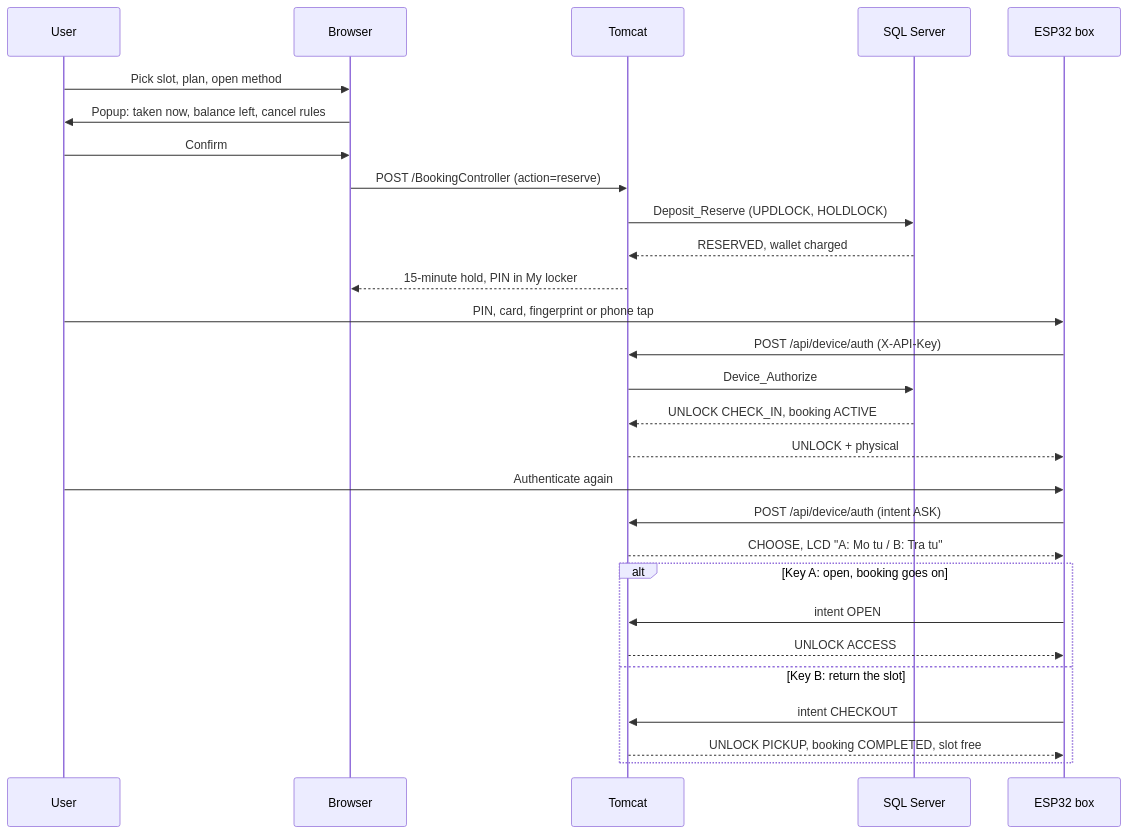
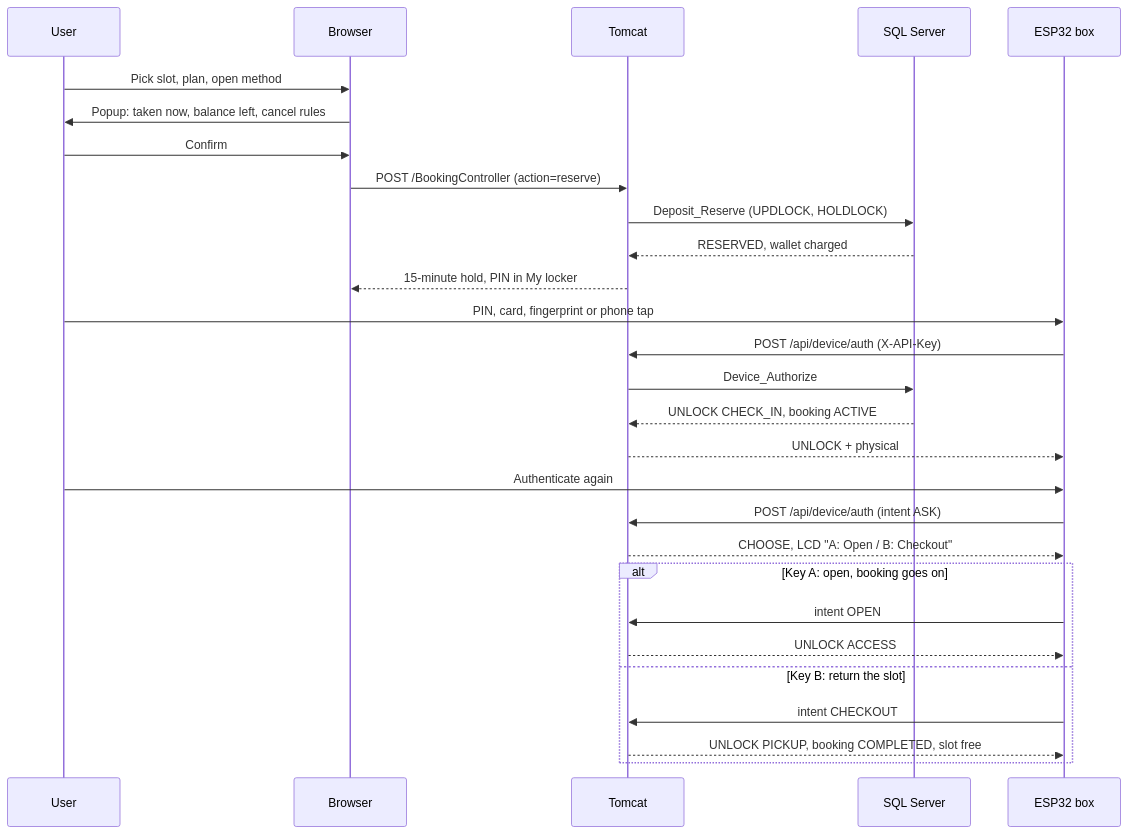
Before and after one commit to HoangDuc1003/SmartLocker: the first of 4 diagrams in README.md, drawn with Mermaid. The commit also changed other lines of this file and 25 other files, not shown here.

````diff
--- a/README.md
+++ b/README.md
@@ -420,31 +430,31 @@
 ```mermaid
 sequenceDiagram
     participant U as User
     participant W as Browser
     participant S as Tomcat
     participant D as SQL Server
     participant B as ESP32 box
 
     U->>W: Pick slot, plan, open method
     W->>U: Popup: taken now, balance left, cancel rules
     U->>W: Confirm
     W->>S: POST /BookingController (action=reserve)
     S->>D: Deposit_Reserve (UPDLOCK, HOLDLOCK)
     D-->>S: RESERVED, wallet charged
     S-->>W: 15-minute hold, PIN in My locker
     U->>B: PIN, card, fingerprint or phone tap
     B->>S: POST /api/device/auth (X-API-Key)
     S->>D: Device_Authorize
     D-->>S: UNLOCK CHECK_IN, booking ACTIVE
     S-->>B: UNLOCK + physical
     U->>B: Authenticate again
     B->>S: POST /api/device/auth (intent ASK)
-    S-->>B: CHOOSE, LCD "A: Mo tu / B: Tra tu"
+    S-->>B: CHOOSE, LCD "A: Open / B: Checkout"
     alt Key A: open, booking goes on
         B->>S: intent OPEN
         S-->>B: UNLOCK ACCESS
     else Key B: return the slot
         B->>S: intent CHECKOUT
         S-->>B: UNLOCK PICKUP, booking COMPLETED, slot free
     end
 ```
````
